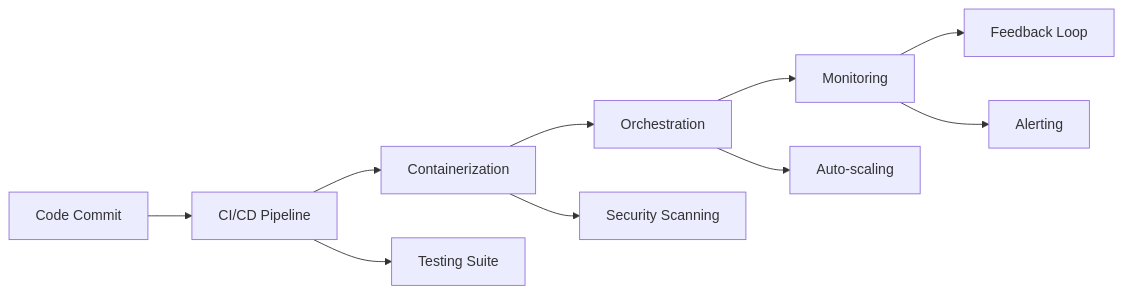
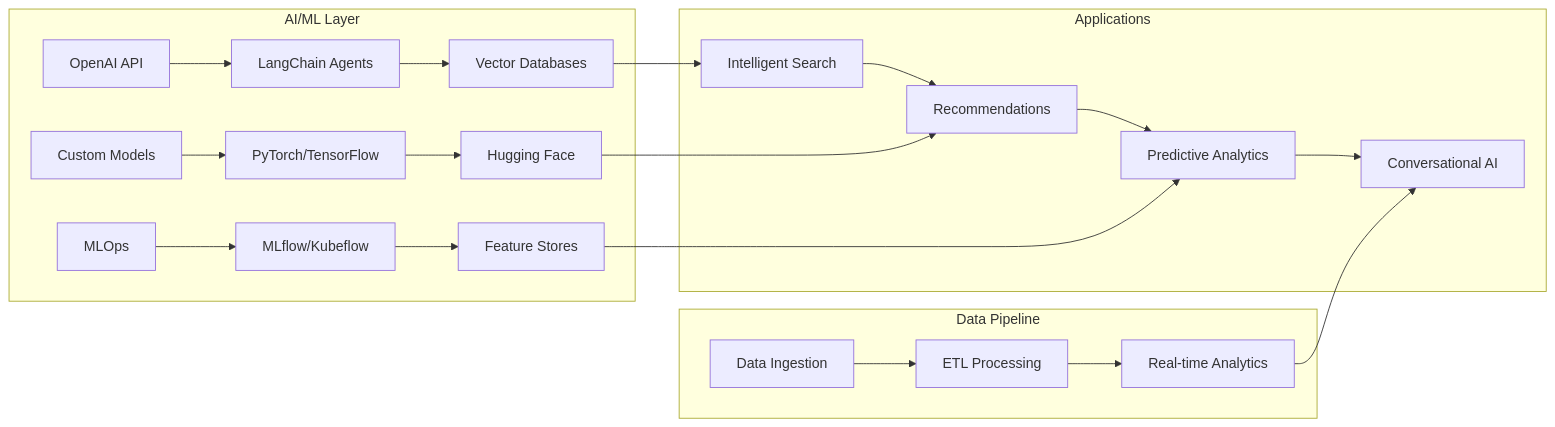
The fifth of 9 diagrams in README.md (mentech93/mentech93), drawn with Mermaid before and after one commit. The commit also changed other lines of this file, not shown here.

````diff
--- a/README.md
+++ b/README.md
@@ -119,13 +311,29 @@
 ```mermaid
 graph LR
-    A[Code Commit] --> B[CI/CD Pipeline]
-    B --> C[Containerization]
-    C --> D[Orchestration]
-    D --> E[Monitoring]
-    E --> F[Feedback Loop]
+    subgraph "AI/ML Layer"
+        A1[OpenAI API] --> A2[LangChain Agents]
+        A2 --> A3[Vector Databases]
+        
+        B1[Custom Models] --> B2[PyTorch/TensorFlow]
+        B2 --> B3[Hugging Face]
+        
+        C1[MLOps] --> C2[MLflow/Kubeflow]
+        C2 --> C3[Feature Stores]
+    end
     
-    B --> G[Testing Suite]
-    C --> H[Security Scanning]
-    D --> I[Auto-scaling]
-    E --> J[Alerting]
+    subgraph "Data Pipeline"
+        D1[Data Ingestion] --> D2[ETL Processing]
+        D2 --> D3[Real-time Analytics]
+    end
+    
+    subgraph "Applications"
+        E1[Intelligent Search] --> E2[Recommendations]
+        E2 --> E3[Predictive Analytics]
+        E3 --> E4[Conversational AI]
+    end
+    
+    A3 --> E1
+    B3 --> E2
+    C3 --> E3
+    D3 --> E4
 ```
````
